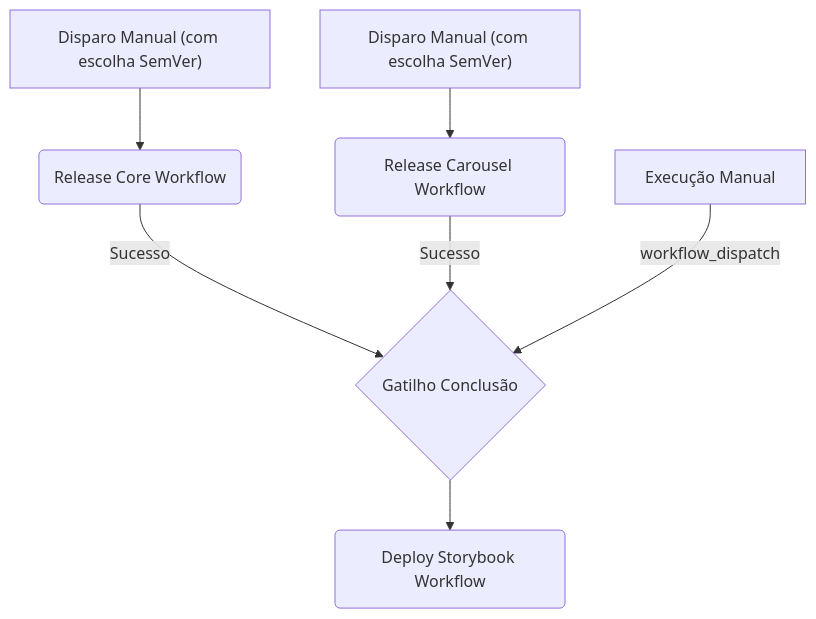
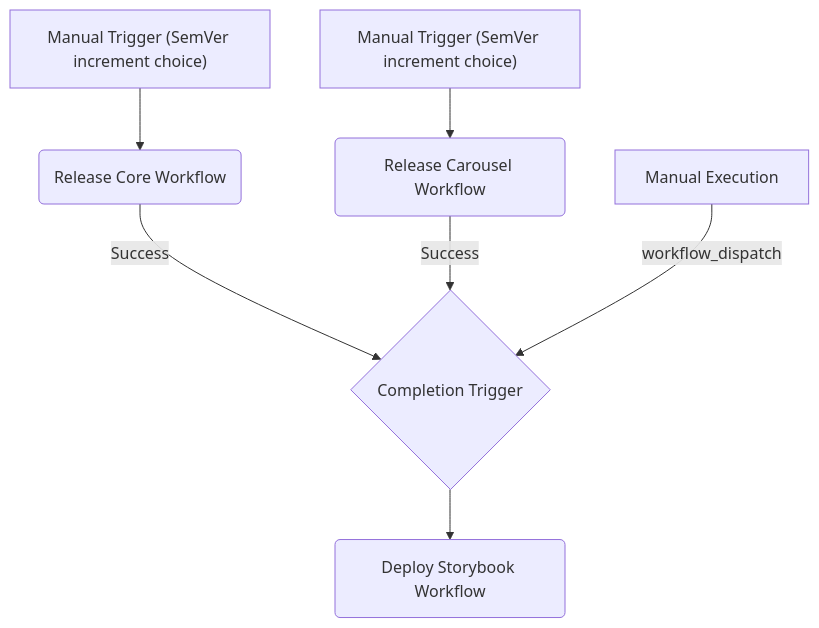
Before and after one commit to rafacdomin/design-system: the diagram in PUBLISHING.md, drawn with Mermaid. The commit also changed other lines of this file and 1 other file, not shown here.

````diff
--- a/PUBLISHING.md
+++ b/PUBLISHING.md
@@ -11,11 +11,11 @@
 ```mermaid
 graph TD
-    A["Disparo Manual (com escolha SemVer)"] --> B(Release Core Workflow)
-    C["Disparo Manual (com escolha SemVer)"] --> D(Release Carousel Workflow)
+    A["Manual Trigger (SemVer increment choice)"] --> B(Release Core Workflow)
+    C["Manual Trigger (SemVer increment choice)"] --> D(Release Carousel Workflow)
 
-    B -->|Sucesso| E{Gatilho Conclusão}
-    D -->|Sucesso| E
-    F[Execução Manual] -->|workflow_dispatch| E
+    B -->|Success| E{Completion Trigger}
+    D -->|Success| E
+    F[Manual Execution] -->|workflow_dispatch| E
 
     E --> G(Deploy Storybook Workflow)
 ```
````
